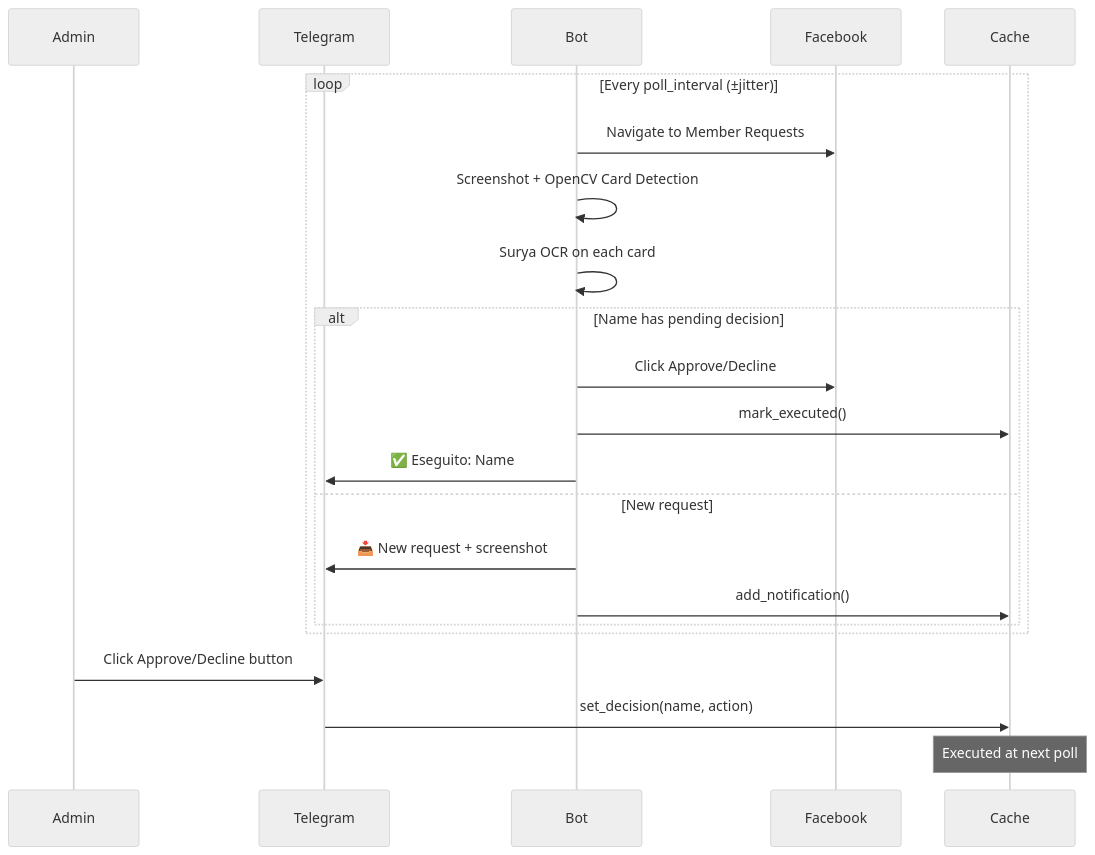
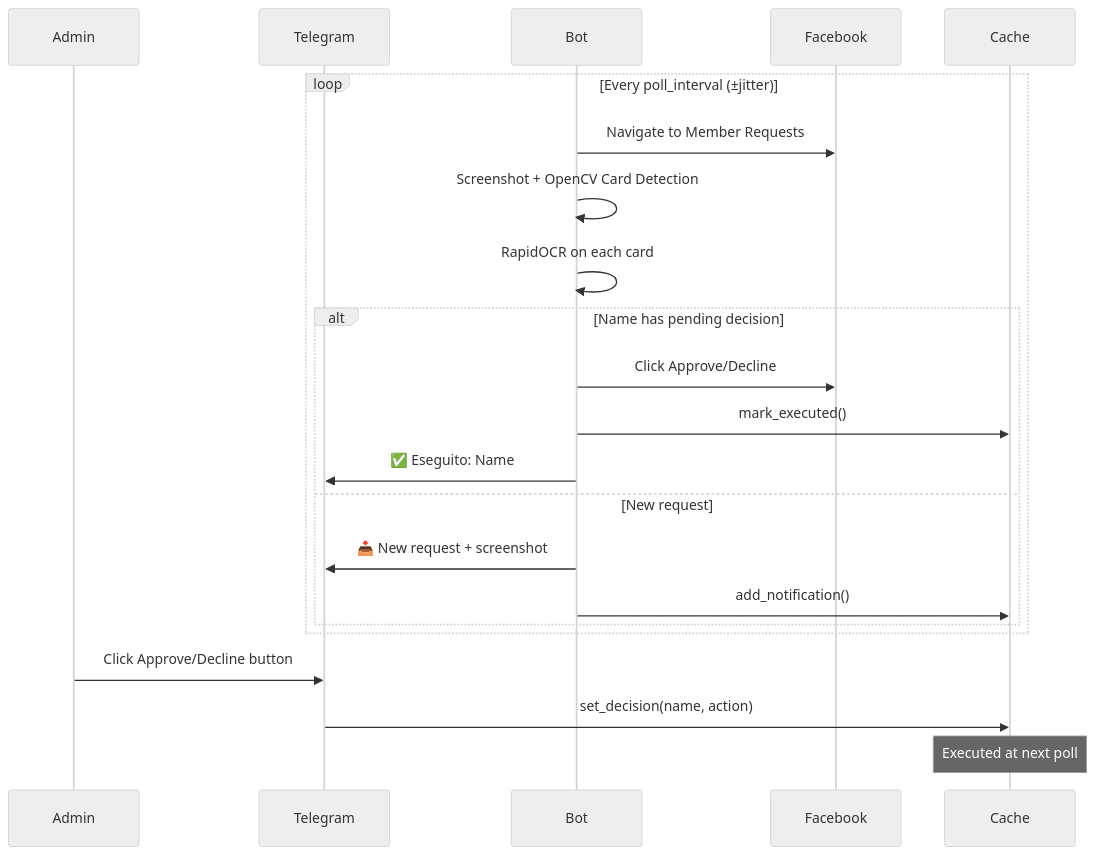
One commit to hal9ooo/fbclickerai changed the second of 2 diagrams in README.md. Above: the diagram before and after it, drawn with Mermaid (neutral theme). The commit also changed other lines of this file and 4 other files, not shown here.

First line of the commit message:
Migrate OCR engine from Surya to RapidOCR for reduced memory usage

````diff
--- a/README.md
+++ b/README.md
@@ -377,27 +374,27 @@
 ```mermaid
 sequenceDiagram
     participant Admin
     participant Telegram
     participant Bot
     participant Facebook
     participant Cache
 
     loop Every poll_interval (±jitter)
         Bot->>Facebook: Navigate to Member Requests
         Bot->>Bot: Screenshot + OpenCV Card Detection
-        Bot->>Bot: Surya OCR on each card
+        Bot->>Bot: RapidOCR on each card
         
         alt Name has pending decision
             Bot->>Facebook: Click Approve/Decline
             Bot->>Cache: mark_executed()
             Bot->>Telegram: ✅ Eseguito: Name
         else New request
             Bot->>Telegram: 📥 New request + screenshot
             Bot->>Cache: add_notification()
         end
     end
 
     Admin->>Telegram: Click Approve/Decline button
     Telegram->>Cache: set_decision(name, action)
     Note over Cache: Executed at next poll
 ```
````
